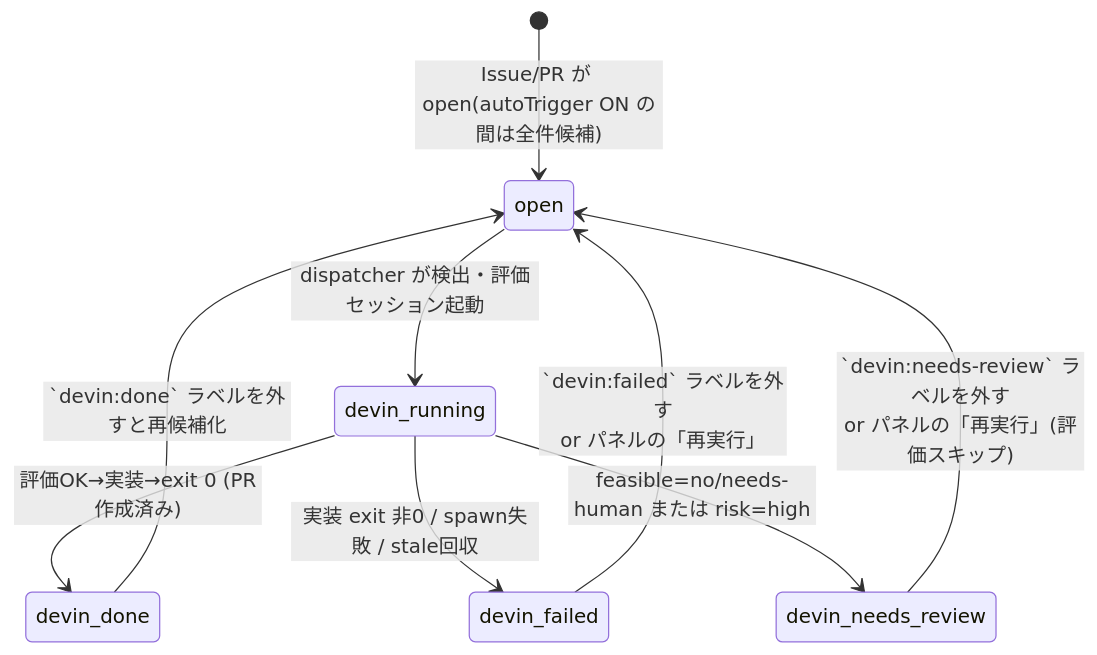
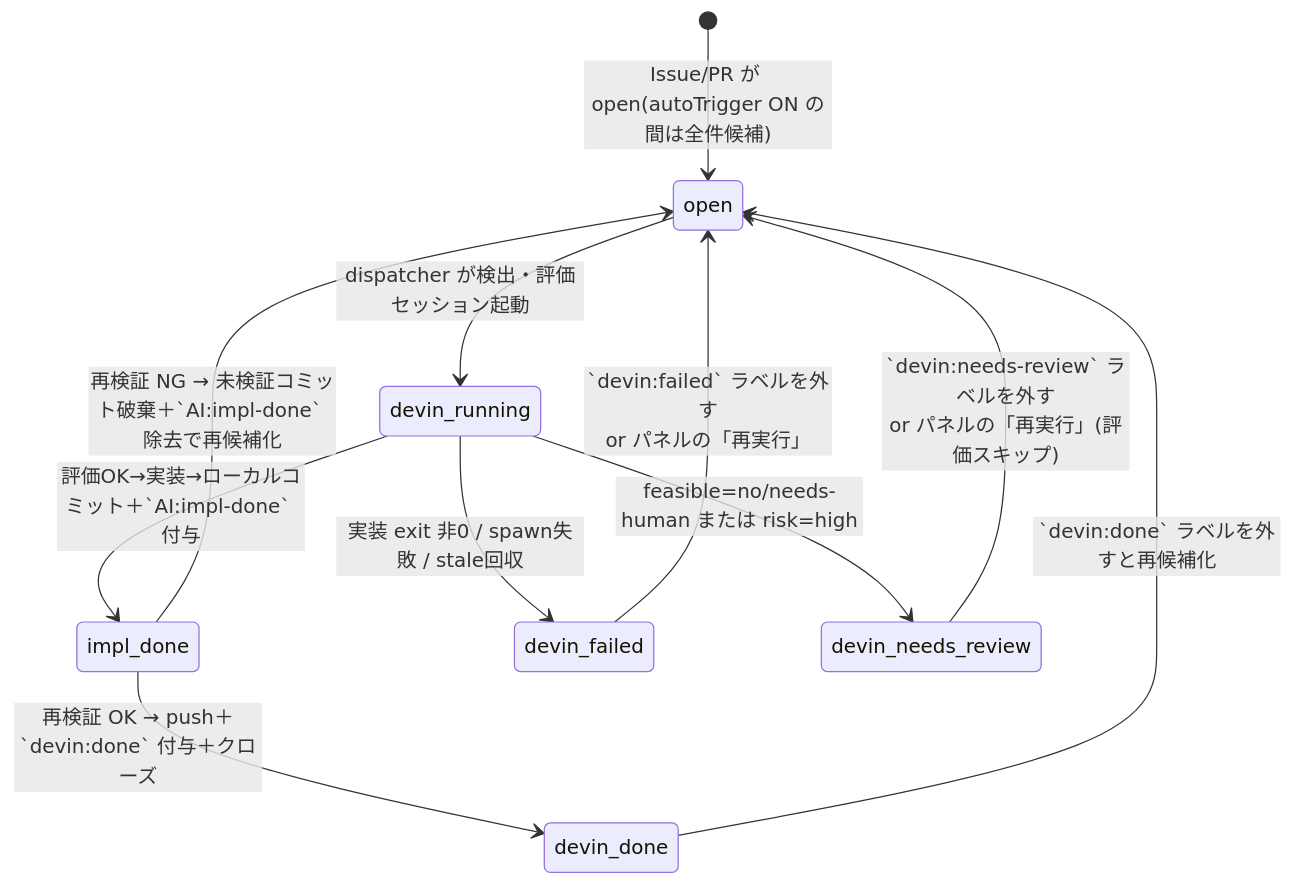
Before and after one commit to yamamoto-ryuzo/devin-issue-dispatcher: the second of 2 diagrams in README.md, drawn with Mermaid. The commit also changed other lines of this file and 14 other files, not shown here.

First line of the commit message:
feat: PRフローをMAIN運用へ移行（AI:impl-done 再検証ゲート）

````diff
--- a/README.md
+++ b/README.md
@@ -58,11 +64,13 @@
 ```mermaid
 stateDiagram-v2
     [*] --> open: Issue/PR が open(autoTrigger ON の間は全件候補)
     open --> devin_running: dispatcher が検出・評価セッション起動
-    devin_running --> devin_done: 評価OK→実装→exit 0 (PR作成済み)
+    devin_running --> impl_done: 評価OK→実装→ローカルコミット＋`AI:impl-done` 付与
+    impl_done --> devin_done: 再検証 OK → push＋`devin:done` 付与＋クローズ
+    impl_done --> open: 再検証 NG → 未検証コミット破棄＋`AI:impl-done` 除去で再候補化
     devin_running --> devin_failed: 実装 exit 非0 / spawn失敗 / stale回収
     devin_running --> devin_needs_review: feasible=no/needs-human または risk=high
     devin_failed --> open: `devin:failed` ラベルを外す<br/>or パネルの「再実行」
     devin_needs_review --> open: `devin:needs-review` ラベルを外す<br/>or パネルの「再実行」(評価スキップ)
     devin_done --> open: `devin:done` ラベルを外すと再候補化
 ```
````
